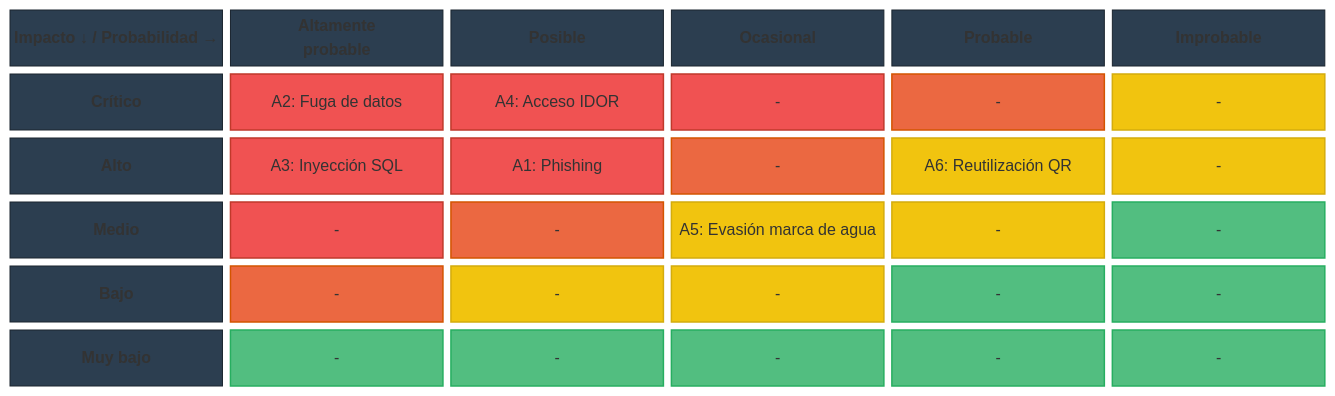
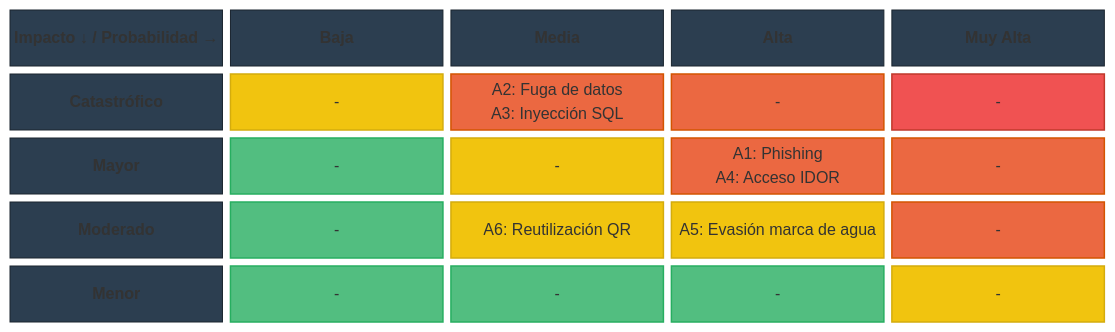
Before and after one commit to NicolasNegretto7/Cipher_Forge: the diagram in Gestion-fotografias/docs/04-seguridad.md, drawn with Mermaid.

Commit message:
refactor: update risk assessment matrix for cybersecurity documentation

````diff
--- a/Gestion-fotografias/docs/04-seguridad.md
+++ b/Gestion-fotografias/docs/04-seguridad.md
@@ -62,23 +62,21 @@
 ```mermaid
 block-beta
-columns 6
-  esq["Impacto ↓ / Probabilidad →"] h1["Altamente<br/>probable"] h2["Posible"] h3["Ocasional"] h4["Probable"] h5["Improbable"]
-  rC["Crítico"] a["A2: Fuga de datos"] b["A4: Acceso IDOR"] c["-"] d["-"] e["-"]
-  rA["Alto"] f["A3: Inyección SQL"] g["A1: Phishing"] h["-"] i["A6: Reutilización QR"] j["-"]
-  rM["Medio"] k["-"] l["-"] m["A5: Evasión marca de agua"] n["-"] o["-"]
-  rB["Bajo"] p["-"] q["-"] r["-"] s["-"] t["-"]
-  rMB["Muy bajo"] u["-"] v["-"] w["-"] x["-"] y["-"]
+columns 5
+  esq["Impacto ↓ / Probabilidad →"] h1["Baja"] h2["Media"] h3["Alta"] h4["Muy Alta"]
+  rC["Catastrófico"] c1["-"] c2["A2: Fuga de datos<br/>A3: Inyección SQL"] c3["-"] c4["-"]
+  rMy["Mayor"] m1["-"] m2["-"] m3["A1: Phishing<br/>A4: Acceso IDOR"] m4["-"]
+  rMd["Moderado"] o1["-"] o2["A6: Reutilización QR"] o3["A5: Evasión marca de agua"] o4["-"]
+  rMn["Menor"] n1["-"] n2["-"] n3["-"] n4["-"]
 
   classDef header fill:#2c3e50,stroke:#1a252f,stroke-width:1px,color:#ffffff,font-weight:bold;
   classDef verde fill:#52be80,stroke:#27ae60,stroke-width:1.5px,color:#ffffff;
   classDef amarillo fill:#f1c40f,stroke:#d4ac0d,stroke-width:1.5px,color:#000000;
   classDef naranja fill:#eb6841,stroke:#d35400,stroke-width:1.5px,color:#ffffff;
   classDef rojo fill:#f05252,stroke:#c0392b,stroke-width:1.5px,color:#ffffff;
 
-  class esq,h1,h2,h3,h4,h5,rC,rA,rM,rB,rMB header
-  class a,b,c,f,g,k rojo
-  class d,h,l,p naranja
-  class e,i,j,m,n,q,r amarillo
-  class o,s,t,u,v,w,x,y verde
-
+  class esq,h1,h2,h3,h4,rC,rMy,rMd,rMn header
+  class m1,o1,n1,n2,n3 verde
+  class c1,m2,o2,o3,n4 amarillo
+  class c2,c3,m3,m4,o4 naranja
+  class c4 rojo
 ```
````
